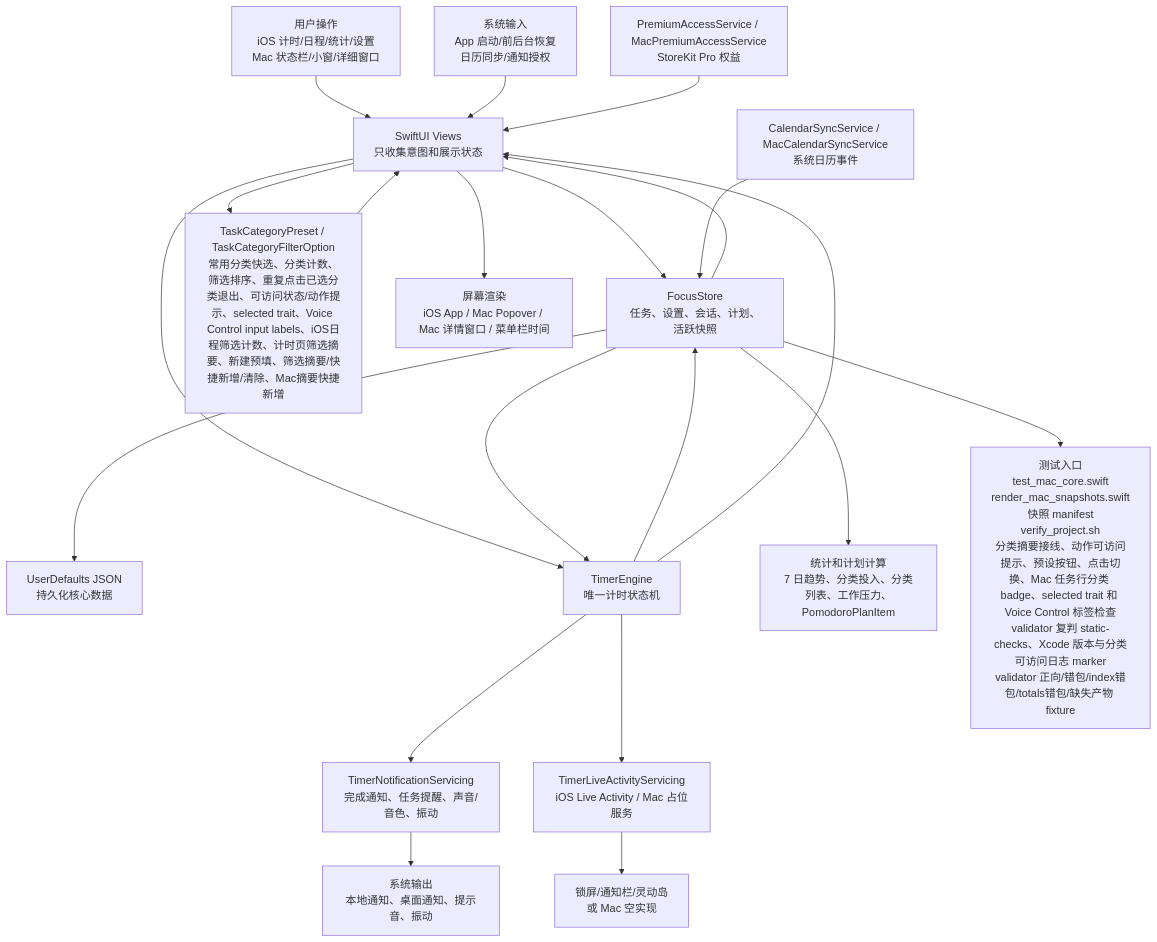
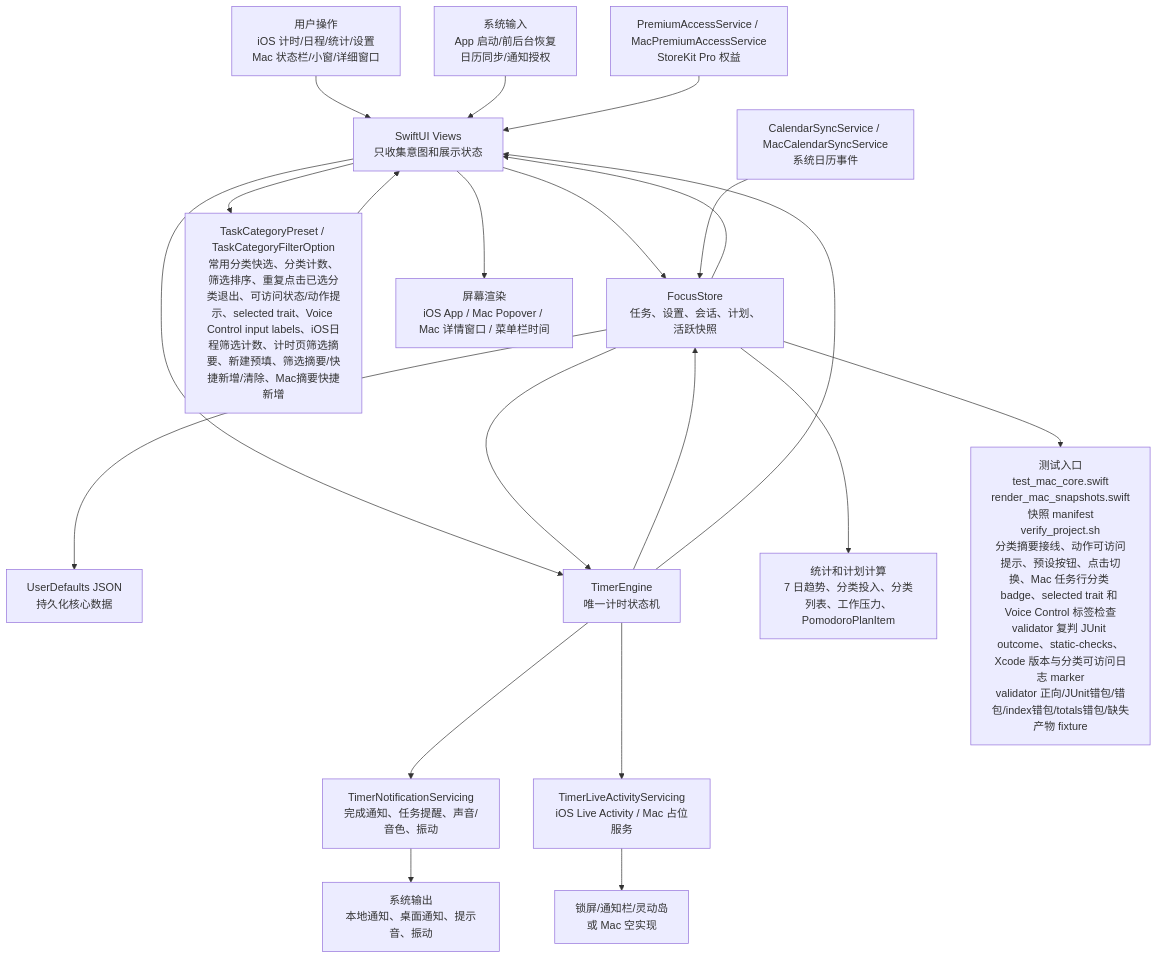
Before and after one commit to Altman-sam114/114: the first of 6 diagrams in md/flow/flowchart.md, drawn with Mermaid. The commit also changed other lines of this file and 7 other files, not shown here.

Commit message:
v0.38: 复判 CI JUnit outcome

````diff
--- a/md/flow/flowchart.md
+++ b/md/flow/flowchart.md
@@ -9,23 +9,23 @@
 ```mermaid
 flowchart TD
   U["用户操作<br/>iOS 计时/日程/统计/设置<br/>Mac 状态栏/小窗/详细窗口"] --> V["SwiftUI Views<br/>只收集意图和展示状态"]
   SYS["系统输入<br/>App 启动/前后台恢复<br/>日历同步/通知授权"] --> V
   V --> S["FocusStore<br/>任务、设置、会话、计划、活跃快照"]
   V --> CAT["TaskCategoryPreset / TaskCategoryFilterOption<br/>常用分类快选、分类计数、筛选排序、重复点击已选分类退出、可访问状态/动作提示、selected trait、Voice Control input labels、iOS日程筛选计数、计时页筛选摘要、新建预填、筛选摘要/快捷新增/清除、Mac摘要快捷新增"]
   CAT --> V
   S --> P["UserDefaults JSON<br/>持久化核心数据"]
   V --> E["TimerEngine<br/>唯一计时状态机"]
   S --> E
   E --> S
   E --> N["TimerNotificationServicing<br/>完成通知、任务提醒、声音/音色、振动"]
   E --> L["TimerLiveActivityServicing<br/>iOS Live Activity / Mac 占位服务"]
   S --> C["统计和计划计算<br/>7 日趋势、分类投入、分类列表、工作压力、PomodoroPlanItem"]
   CAL["CalendarSyncService / MacCalendarSyncService<br/>系统日历事件"] --> S
   PRO["PremiumAccessService / MacPremiumAccessService<br/>StoreKit Pro 权益"] --> V
   S --> V
   E --> V
   V --> OUT["屏幕渲染<br/>iOS App / Mac Popover / Mac 详情窗口 / 菜单栏时间"]
   N --> OUT2["系统输出<br/>本地通知、桌面通知、提示音、振动"]
   L --> OUT3["锁屏/通知栏/灵动岛<br/>或 Mac 空实现"]
-  S --> T["测试入口<br/>test_mac_core.swift<br/>render_mac_snapshots.swift<br/>快照 manifest<br/>verify_project.sh<br/>分类摘要接线、动作可访问提示、预设按钮、点击切换、Mac 任务行分类 badge、selected trait 和 Voice Control 标签检查<br/>validator 复判 static-checks、Xcode 版本与分类可访问日志 marker<br/>validator 正向/错包/index错包/totals错包/缺失产物 fixture"]
+  S --> T["测试入口<br/>test_mac_core.swift<br/>render_mac_snapshots.swift<br/>快照 manifest<br/>verify_project.sh<br/>分类摘要接线、动作可访问提示、预设按钮、点击切换、Mac 任务行分类 badge、selected trait 和 Voice Control 标签检查<br/>validator 复判 JUnit outcome、static-checks、Xcode 版本与分类可访问日志 marker<br/>validator 正向/JUnit错包/错包/index错包/totals错包/缺失产物 fixture"]
 ```
````
